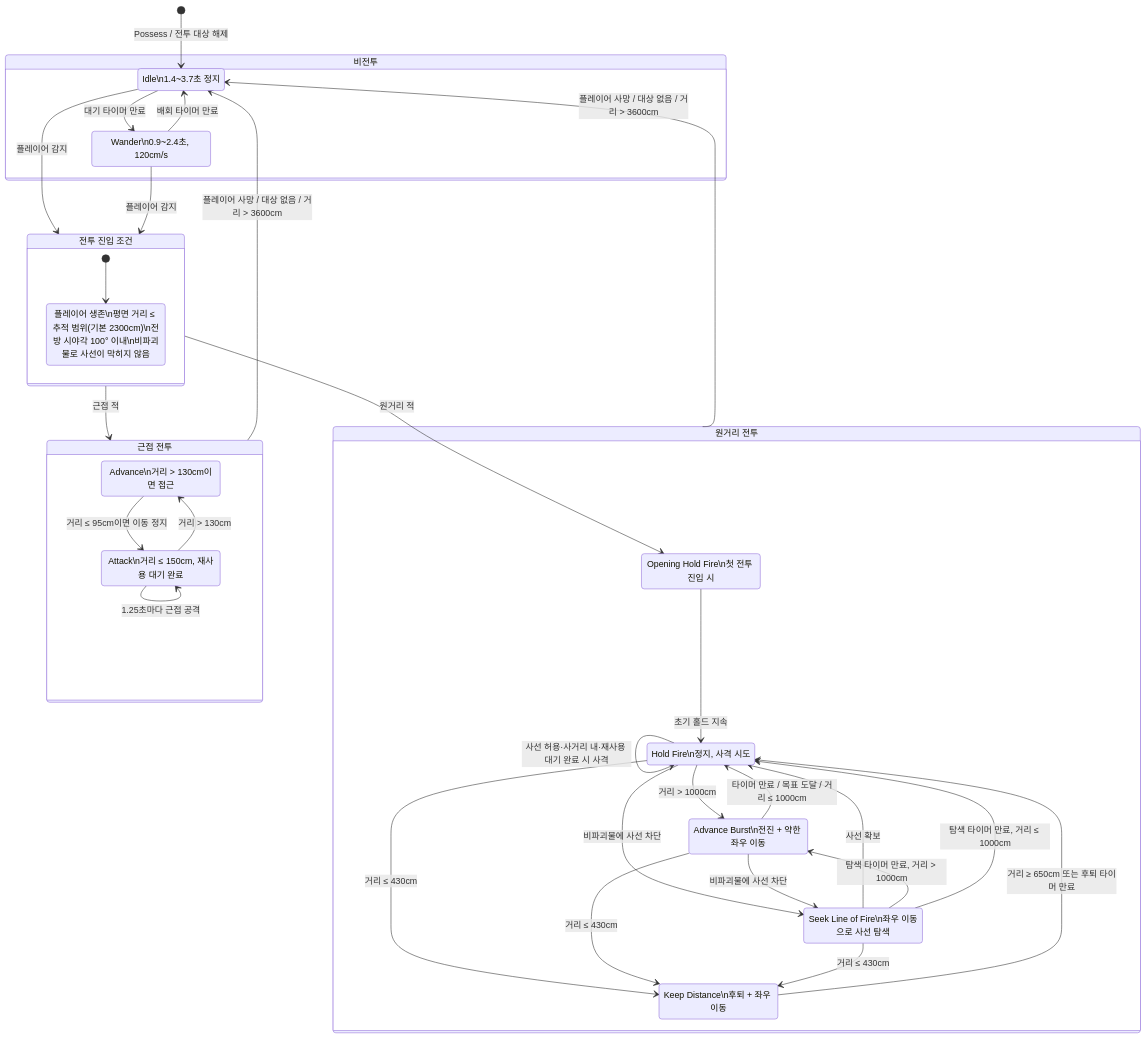
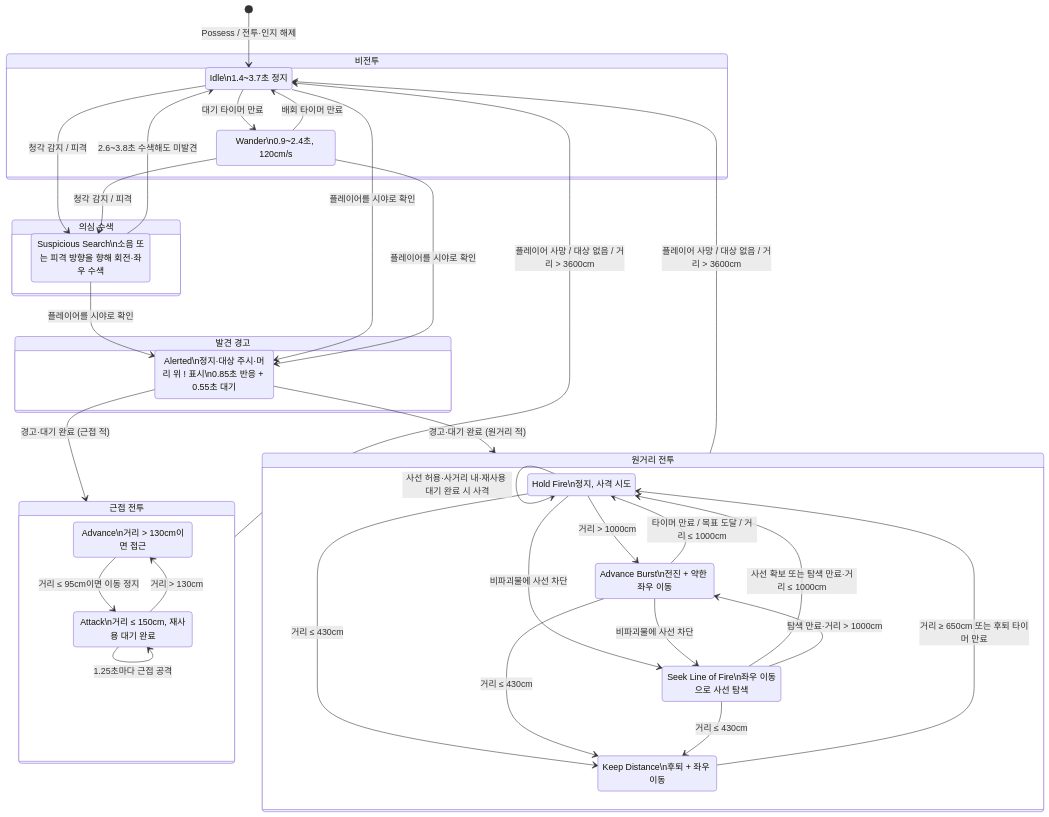
The diagram in Docs/enemy_ai_state_flow.md (octopus7/extraction_shooter), drawn with Mermaid before and after one commit. The commit also changed other lines of this file and 9 other files, not shown here.

````diff
--- a/Docs/enemy_ai_state_flow.md
+++ b/Docs/enemy_ai_state_flow.md
@@ -6,54 +6,58 @@
 ```mermaid
 stateDiagram-v2
-    [*] --> Idle: Possess / 전투 대상 해제
+    [*] --> Idle: Possess / 전투·인지 해제
 
     state "비전투" as NonCombat {
         Idle: Idle\n1.4~3.7초 정지
         Wander: Wander\n0.9~2.4초, 120cm/s
         Idle --> Wander: 대기 타이머 만료
         Wander --> Idle: 배회 타이머 만료
     }
 
-    Idle --> TargetAcquired: 플레이어 감지
-    Wander --> TargetAcquired: 플레이어 감지
-
-    state "전투 진입 조건" as TargetAcquired {
-        [*] --> Checks
-        Checks: 플레이어 생존\n평면 거리 ≤ 추적 범위(기본 2300cm)\n전방 시야각 100° 이내\n비파괴물로 사선이 막히지 않음
+    state "의심 수색" as Suspicious {
+        Search: Suspicious Search\n소음 또는 피격 방향을 향해 회전·좌우 수색
     }
 
-    TargetAcquired --> Melee: 근접 적
-    TargetAcquired --> RangedOpeningHold: 원거리 적
+    state "발견 경고" as Alerted {
+        Alert: Alerted\n정지·대상 주시·머리 위 ! 표시\n0.85초 반응 + 0.55초 대기
+    }
+
+    Idle --> Search: 청각 감지 / 피격
+    Wander --> Search: 청각 감지 / 피격
+    Search --> Alert: 플레이어를 시야로 확인
+    Search --> Idle: 2.6~3.8초 수색해도 미발견
+
+    Idle --> Alert: 플레이어를 시야로 확인
+    Wander --> Alert: 플레이어를 시야로 확인
+    Alert --> Melee: 경고·대기 완료 (근접 적)
+    Alert --> Ranged: 경고·대기 완료 (원거리 적)
 
     state "근접 전투" as Melee {
         MeleeAdvance: Advance\n거리 > 130cm이면 접근
         MeleeAttack: Attack\n거리 ≤ 150cm, 재사용 대기 완료
         MeleeAdvance --> MeleeAttack: 거리 ≤ 95cm이면 이동 정지
         MeleeAttack --> MeleeAdvance: 거리 > 130cm
         MeleeAttack --> MeleeAttack: 1.25초마다 근접 공격
     }
 
     state "원거리 전투" as Ranged {
-        RangedOpeningHold: Opening Hold Fire\n첫 전투 진입 시
+        HoldFire: Hold Fire\n정지, 사격 시도
         AdvanceBurst: Advance Burst\n전진 + 약한 좌우 이동
-        HoldFire: Hold Fire\n정지, 사격 시도
         SeekLine: Seek Line of Fire\n좌우 이동으로 사선 탐색
         KeepDistance: Keep Distance\n후퇴 + 좌우 이동
-        RangedOpeningHold --> HoldFire: 초기 홀드 지속
         HoldFire --> AdvanceBurst: 거리 > 1000cm
         AdvanceBurst --> HoldFire: 타이머 만료 / 목표 도달 / 거리 ≤ 1000cm
         HoldFire --> SeekLine: 비파괴물에 사선 차단
         AdvanceBurst --> SeekLine: 비파괴물에 사선 차단
-        SeekLine --> HoldFire: 사선 확보
-        SeekLine --> AdvanceBurst: 탐색 타이머 만료, 거리 > 1000cm
-        SeekLine --> HoldFire: 탐색 타이머 만료, 거리 ≤ 1000cm
+        SeekLine --> HoldFire: 사선 확보 또는 탐색 만료·거리 ≤ 1000cm
+        SeekLine --> AdvanceBurst: 탐색 만료·거리 > 1000cm
         HoldFire --> KeepDistance: 거리 ≤ 430cm
         AdvanceBurst --> KeepDistance: 거리 ≤ 430cm
         SeekLine --> KeepDistance: 거리 ≤ 430cm
         KeepDistance --> HoldFire: 거리 ≥ 650cm 또는 후퇴 타이머 만료
         HoldFire --> HoldFire: 사선 허용·사거리 내·재사용 대기 완료 시 사격
     }
 
     Melee --> Idle: 플레이어 사망 / 대상 없음 / 거리 > 3600cm
     Ranged --> Idle: 플레이어 사망 / 대상 없음 / 거리 > 3600cm
 ```
````
